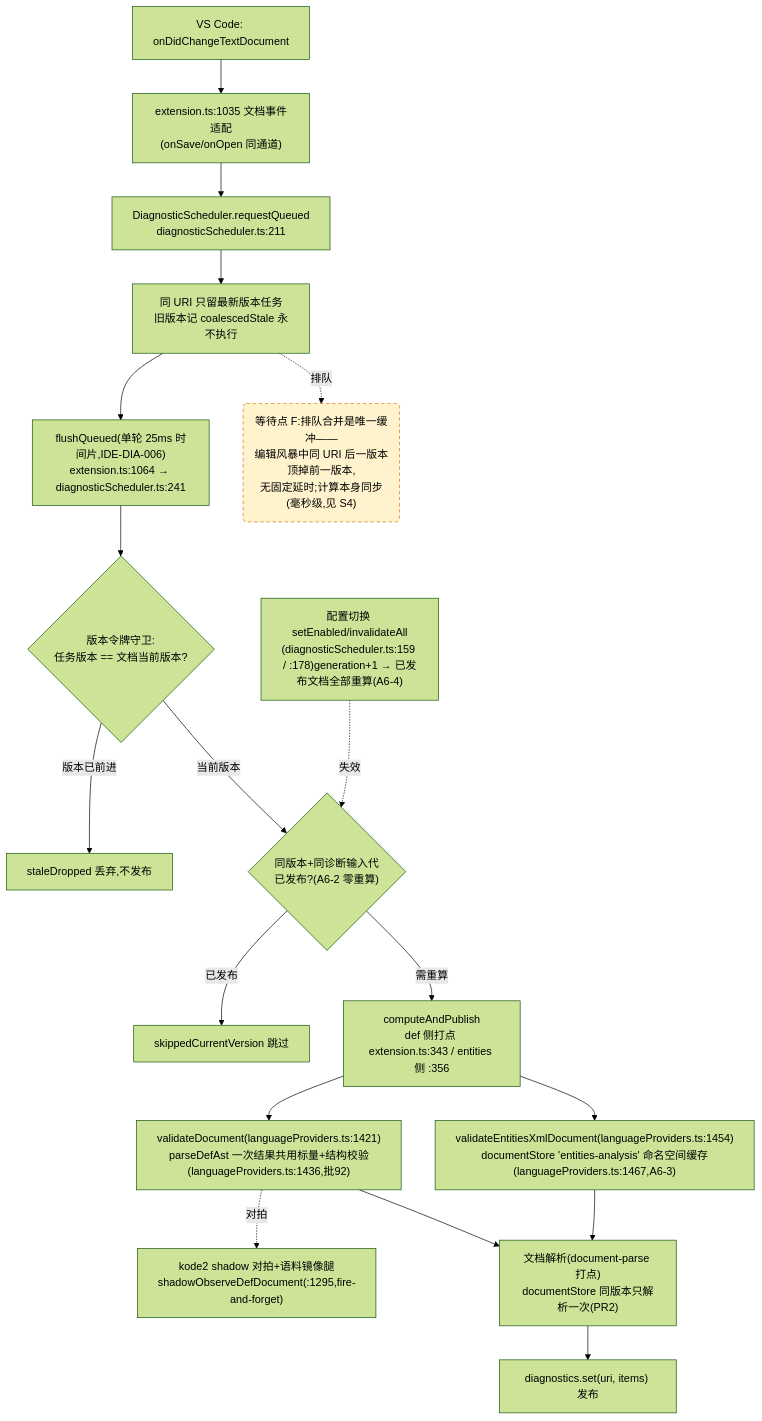
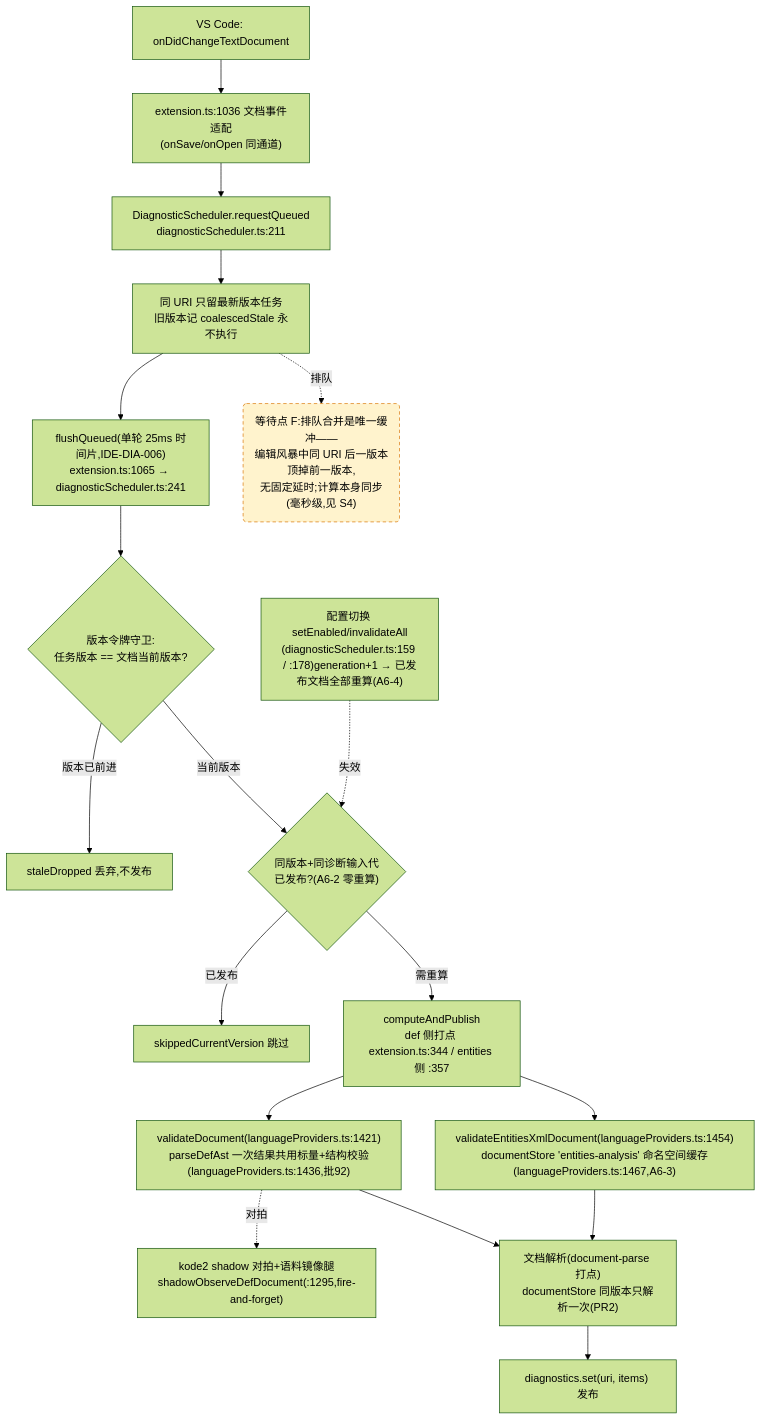
Before and after one commit to cuihairu/kode: the fourth of 4 diagrams in docs/perf/2026-baseline.md, drawn with Mermaid (forest theme). The commit also changed other lines of this file and 12 other files, not shown here.

````diff
--- a/docs/perf/2026-baseline.md
+++ b/docs/perf/2026-baseline.md
@@ -214,38 +214,38 @@
 ```mermaid
 flowchart TD
   CHG["VS Code: onDidChangeTextDocument"]
-  WATCH["extension.ts:1035 文档事件适配<br/>(onSave/onOpen 同通道)"]
+  WATCH["extension.ts:1036 文档事件适配<br/>(onSave/onOpen 同通道)"]
   RQ["DiagnosticScheduler.requestQueued<br/>diagnosticScheduler.ts:211"]
   CO["同 URI 只留最新版本任务<br/>旧版本记 coalescedStale 永不执行"]
-  FL["flushQueued(单轮 25ms 时间片,IDE-DIA-006)<br/>extension.ts:1064 → diagnosticScheduler.ts:241"]
+  FL["flushQueued(单轮 25ms 时间片,IDE-DIA-006)<br/>extension.ts:1065 → diagnosticScheduler.ts:241"]
   VG{"版本令牌守卫:<br/>任务版本 == 文档当前版本?"}
   DROP["staleDropped 丢弃,不发布"]
   GEN{"同版本+同诊断输入代<br/>已发布?(A6-2 零重算)"}
   SKIP["skippedCurrentVersion 跳过"]
-  CALC["computeAndPublish<br/>def 侧打点 extension.ts:343 / entities 侧 :356"]
+  CALC["computeAndPublish<br/>def 侧打点 extension.ts:344 / entities 侧 :357"]
   VD["validateDocument(languageProviders.ts:1421)<br/>parseDefAst 一次结果共用标量+结构校验(languageProviders.ts:1436,批92)"]
   VEX["validateEntitiesXmlDocument(languageProviders.ts:1454)<br/>documentStore 'entities-analysis' 命名空间缓存(languageProviders.ts:1467,A6-3)"]
   SHDD["kode2 shadow 对拍+语料镜像腿<br/>shadowObserveDefDocument(:1295,fire-and-forget)"]
   DS["文档解析(document-parse 打点)<br/>documentStore 同版本只解析一次(PR2)"]
   PUB["diagnostics.set(uri, items) 发布"]
   CFG2["配置切换 setEnabled/invalidateAll<br/>(diagnosticScheduler.ts:159 / :178)generation+1 → 已发布文档全部重算(A6-4)"]
 
   CHG --> WATCH --> RQ --> CO --> FL --> VG
   VG -- "版本已前进" --> DROP
   VG -- "当前版本" --> GEN
   GEN -- "已发布" --> SKIP
   GEN -- "需重算" --> CALC
   CALC --> VD
   CALC --> VEX
   VD --> DS
   VEX --> DS
   DS --> PUB
   VD -.->|对拍| SHDD
   CFG2 -.->|失效| GEN
 
   WAITF("等待点 F:排队合并是唯一缓冲——<br/>编辑风暴中同 URI 后一版本顶掉前一版本,<br/>无固定延时;计算本身同步(毫秒级,见 S4)")
   CO -.->|排队| WAITF
 
   classDef waitPoint fill:#fff3cd,stroke:#d97706,stroke-dasharray:5 4;
   class WAITF waitPoint;
 ```
````
